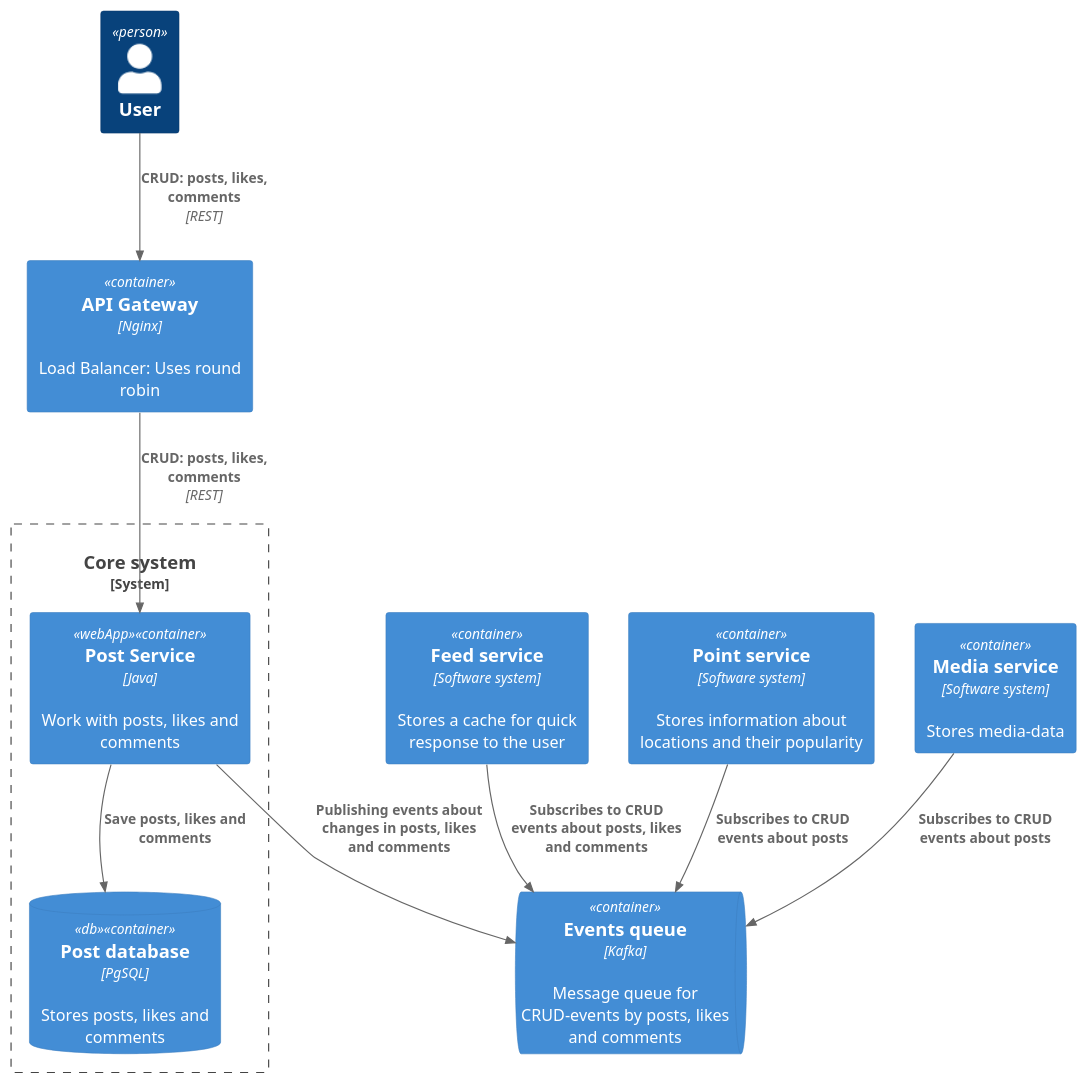
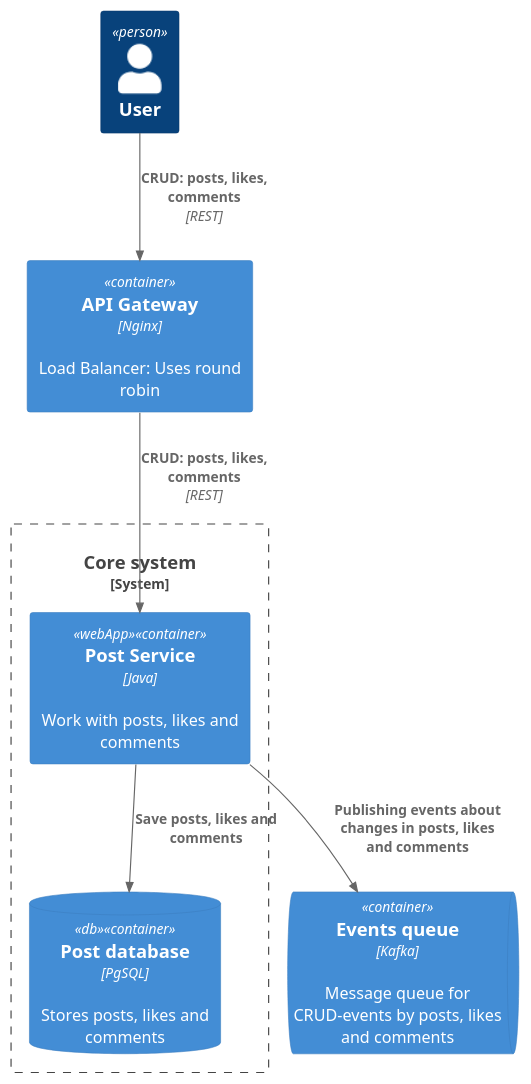
Before and after one commit to eliseevdry/social_network_system_design: the diagram in architecture/post_service/container.puml, drawn with PlantUML. The commit also changed 5 other files, not shown here.

```diff
--- a/architecture/post_service/container.puml
+++ b/architecture/post_service/container.puml
@@ -1,24 +1,18 @@
 @startuml
 !include https://raw.githubusercontent.com/plantuml-stdlib/C4-PlantUML/master/C4_Container.puml
 
 Person(user, "User")
 Container(apiGateway, "API Gateway", "Nginx", "Load Balancer: Uses round robin")
-Container(feedService, "Feed service", "Software system", "Stores a cache for quick response to the user")
-Container(pointService, "Point service", "Software system", "Stores information about locations and their popularity")
-Container(mediaService, "Media service", "Software system", "Stores media-data")
 ContainerQueue(messageQueue, "Events queue", "Kafka", "Message queue for CRUD-events by posts, likes and comments")
 
 System_Boundary(coreSystem, "Core system") {
     Container(postService, "Post Service", "Java", "Work with posts, likes and comments", $tags="webApp")
     ContainerDb(postDatabase, "Post database", "PgSQL", "Stores posts, likes and comments",  $tags="db")
 }
 
 Rel(user, apiGateway, "CRUD: posts, likes, comments", "REST")
 Rel(apiGateway, postService, "CRUD: posts, likes, comments", "REST")
 
 Rel(postService, postDatabase, "Save posts, likes and comments")
 Rel(postService, messageQueue, "Publishing events about changes in posts, likes and comments")
-Rel(feedService, messageQueue, "Subscribes to CRUD events about posts, likes and comments")
-Rel(pointService, messageQueue, "Subscribes to CRUD events about posts")
-Rel(mediaService, messageQueue, "Subscribes to CRUD events about posts")
 @enduml
```
